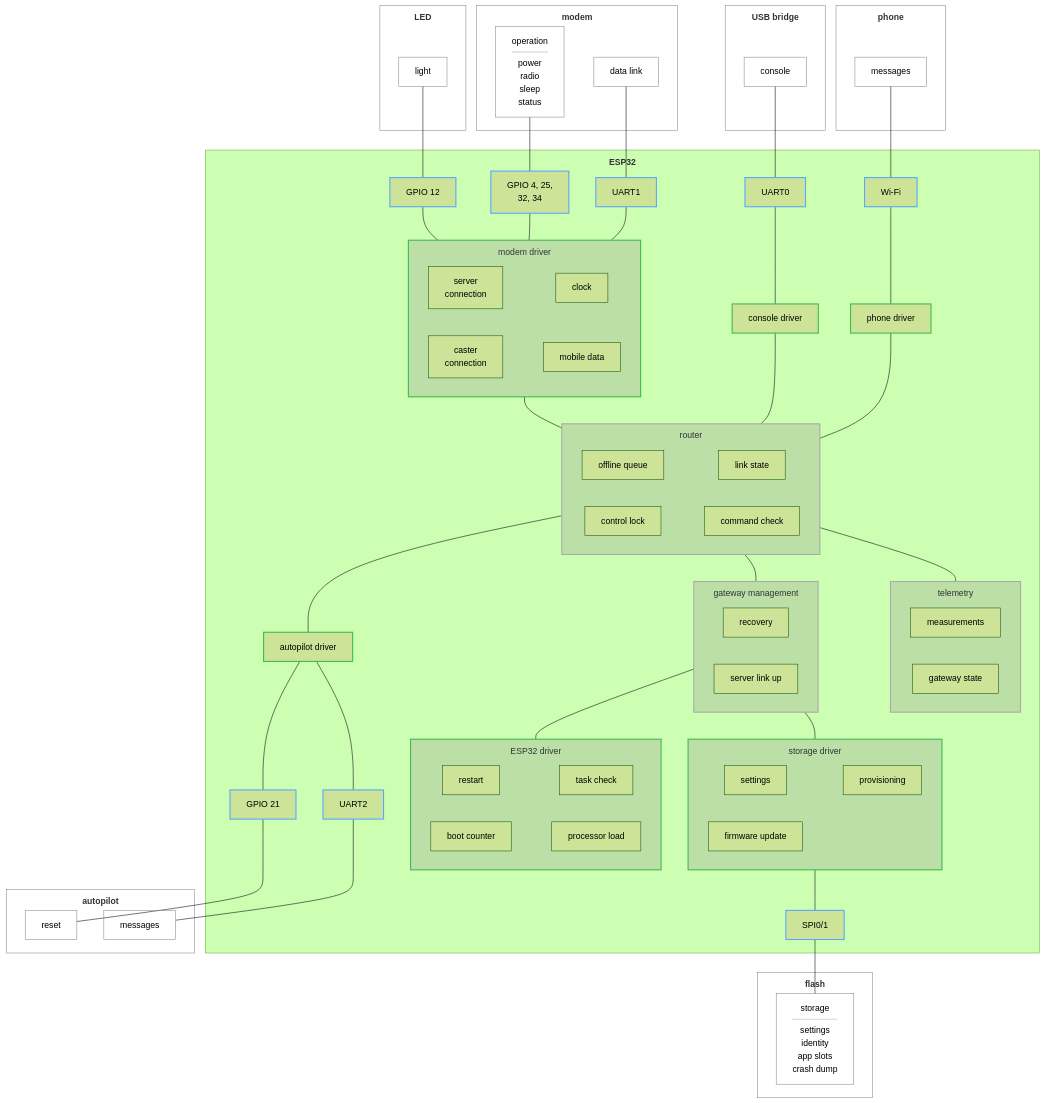
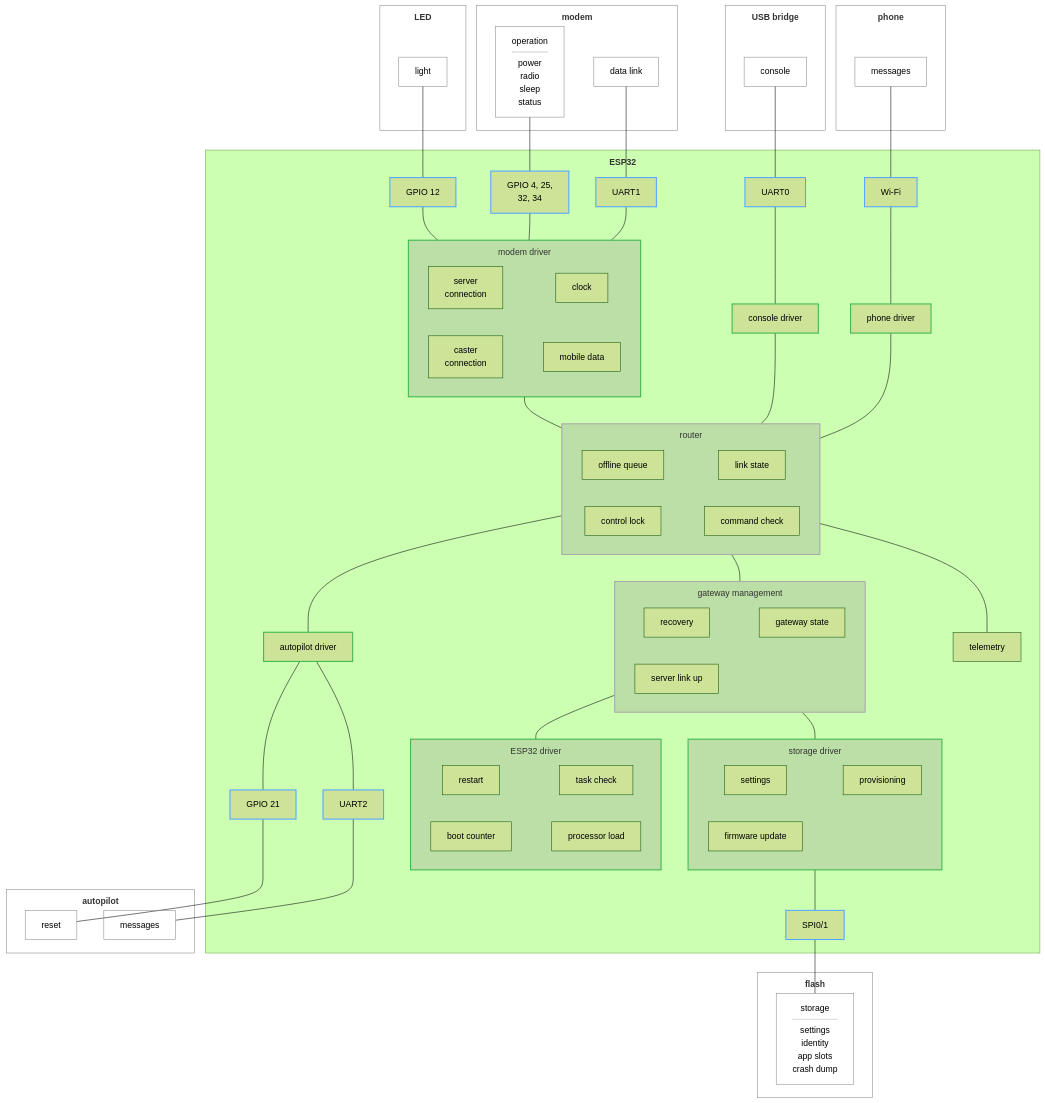
Before and after one commit to rmx-lt/rmx-mower-gateway: the diagram in .esp-architecture/diagrams/block-draft.md, drawn with Mermaid (forest theme).

Commit message:
Draft: gateway state in gateway management, telemetry plain

````diff
--- a/.esp-architecture/diagrams/block-draft.md
+++ b/.esp-architecture/diagrams/block-draft.md
@@ -49,13 +49,14 @@
       q ~~~ ls
       lock ~~~ chk
     end
-    subgraph tel["telemetry"]
-      meas["measurements"]
-      state["gateway state"]
-    end
+    tel["telemetry"]
     subgraph mgmt["gateway management"]
       rec["recovery"]
       up["server link up"]
+      state["gateway state"]
+      p6[" "]
+      rec ~~~ state
+      up ~~~ p6
     end
     subgraph esp["ESP32 driver"]
       rst["restart"]
@@ -105,11 +106,11 @@
   classDef driver stroke:#3fb950,stroke-width:2px
   class con,phd,bl driver
   classDef owner fill:#8884,stroke:#aaa,stroke-width:2px
-  class msg,tel,mgmt owner
+  class msg,mgmt owner
   classDef ownerdriver fill:#8884,stroke:#3fb950,stroke-width:2px
   class conn,fs,esp ownerdriver
   classDef pad fill:none,stroke:none
-  class p2 pad
+  class p2,p6 pad
   classDef device fill:none,stroke:#888
   class modem,mdata,mctl,led,lparts,ap,amsg,areset,ph,pparts,usb,uparts,fl,fparts device
 ```
````
